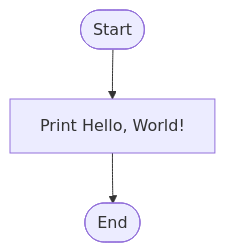
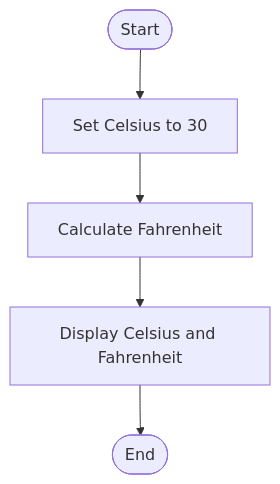
One commit to tonmoy222/C-programming-lab-work-Batch-34 changed the second of 4 diagrams in Lab-01-Basic-C-Programming/README.md. Above: the diagram before and after it, drawn with Mermaid. The commit also changed other lines of this file, not shown here.

````diff
--- a/Lab-01-Basic-C-Programming/README.md
+++ b/Lab-01-Basic-C-Programming/README.md
@@ -7,5 +45,7 @@
 ```mermaid
 flowchart TD
-    A([Start]) --> B[Print Hello, World!]
-    B --> C([End])
+    A([Start]) --> B["Set Celsius to 30"]
+    B --> C["Calculate Fahrenheit"]
+    C --> D["Display Celsius and Fahrenheit"]
+    D --> E([End])
 ```
````
